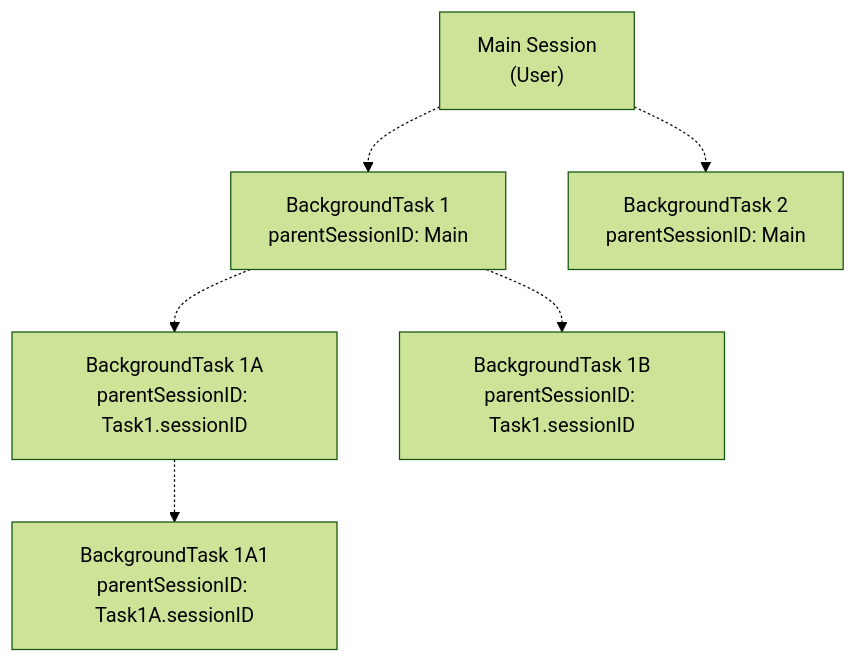
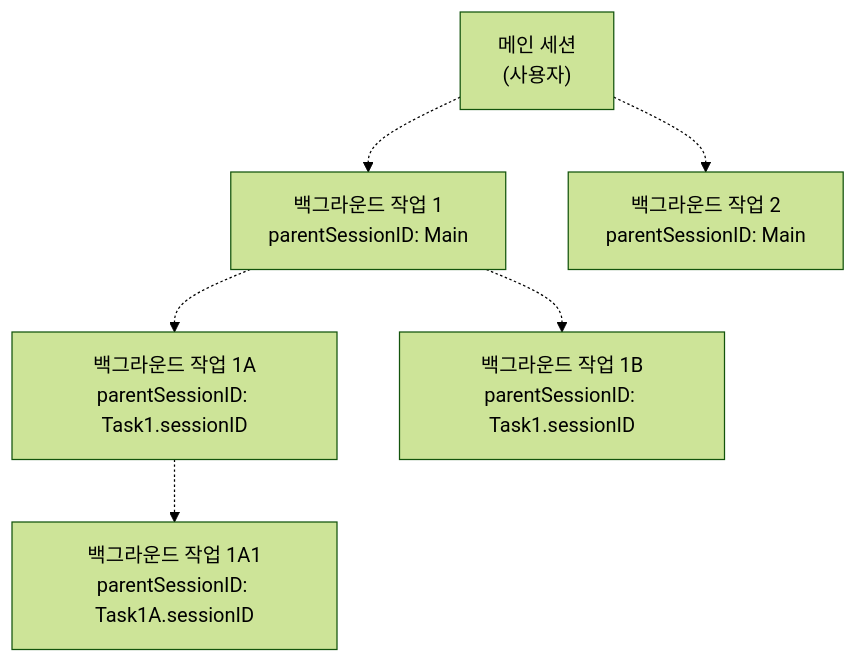
The fourth of 8 diagrams in docs/background-execution/background-manager.md (felipetruman/oh-my-opencode-docs), drawn with Mermaid (forest theme) before and after one commit. The commit also changed other lines of this file and 76 other files, not shown here.

````diff
--- a/docs/background-execution/background-manager.md
+++ b/docs/background-execution/background-manager.md
@@ -189,16 +189,16 @@
 ```mermaid
 flowchart TD
 
-MainSession["Main Session<br>(User)"]
-Task1["BackgroundTask 1<br>parentSessionID: Main"]
-Task2["BackgroundTask 2<br>parentSessionID: Main"]
-Task1A["BackgroundTask 1A<br>parentSessionID: Task1.sessionID"]
-Task1B["BackgroundTask 1B<br>parentSessionID: Task1.sessionID"]
-Task1A1["BackgroundTask 1A1<br>parentSessionID: Task1A.sessionID"]
+MainSession["메인 세션<br>(사용자)"]
+Task1["백그라운드 작업 1<br>parentSessionID: Main"]
+Task2["백그라운드 작업 2<br>parentSessionID: Main"]
+Task1A["백그라운드 작업 1A<br>parentSessionID: Task1.sessionID"]
+Task1B["백그라운드 작업 1B<br>parentSessionID: Task1.sessionID"]
+Task1A1["백그라운드 작업 1A1<br>parentSessionID: Task1A.sessionID"]
 
 MainSession -.-> Task1
 MainSession -.-> Task2
 Task1 -.-> Task1A
 Task1 -.-> Task1B
 Task1A -.-> Task1A1
 ```
````
